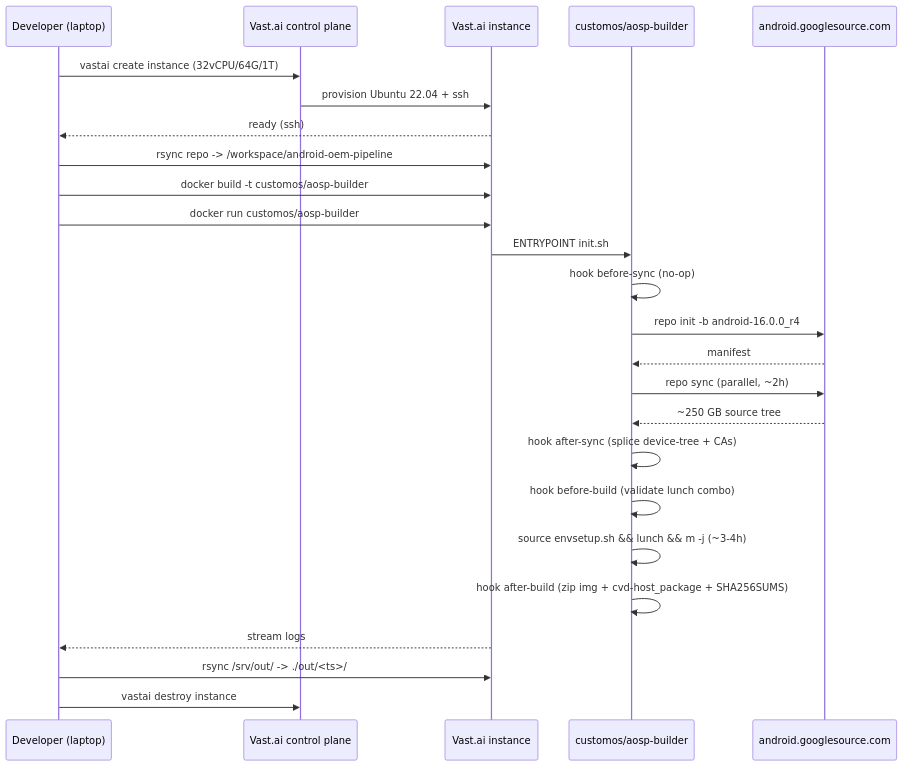
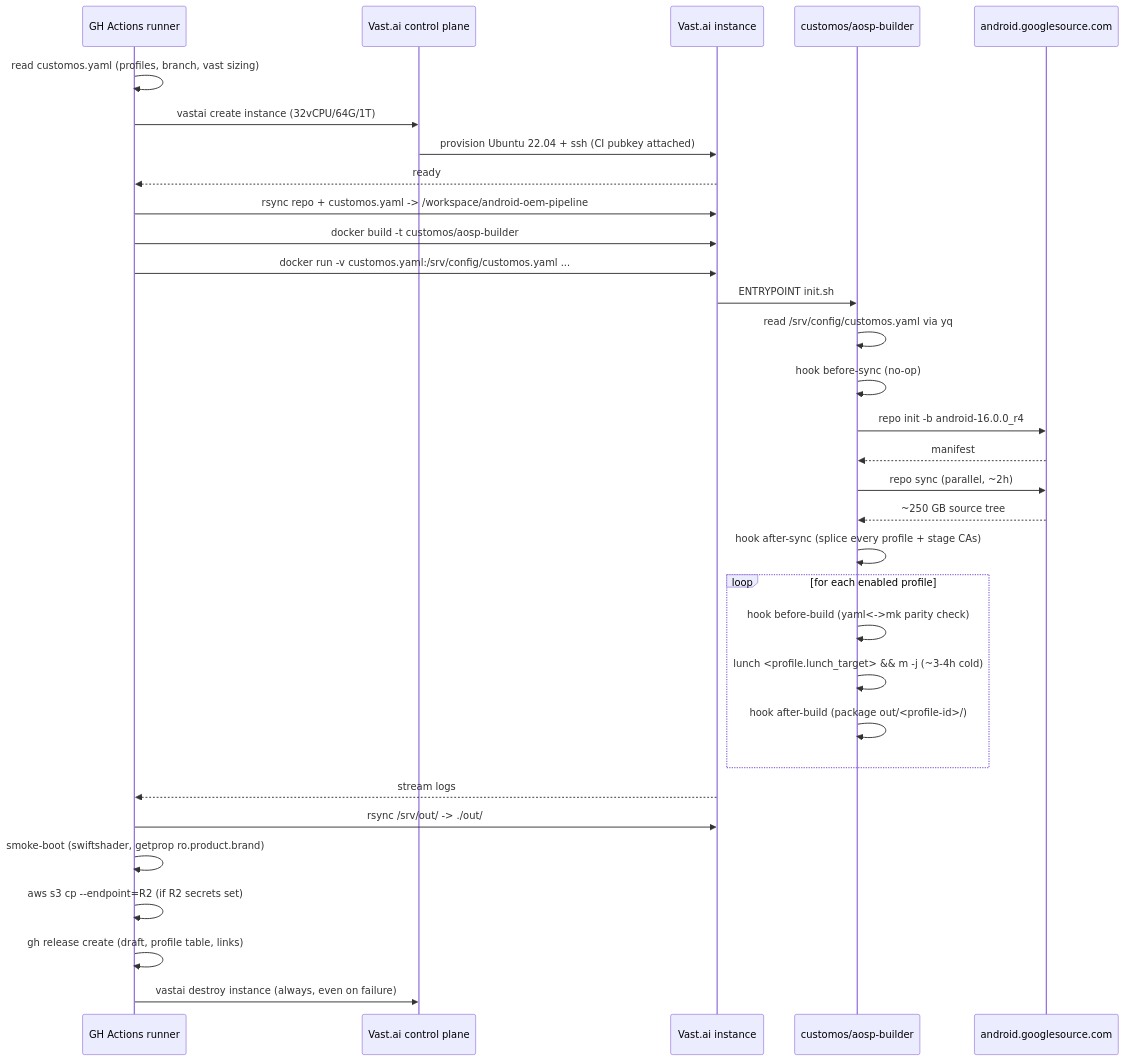
Before and after one commit to tech-sumit/android-oem-pipeline: the third of 3 diagrams in docs/architecture.md, drawn with Mermaid. The commit also changed other lines of this file and 21 other files, not shown here.

First line of the commit message:
feat: CI-driven multi-profile pipeline + Samsung Galaxy S24 Ultra spoof (#1)

````diff
--- a/docs/architecture.md
+++ b/docs/architecture.md
@@ -98,28 +154,35 @@
 ```mermaid
 sequenceDiagram
-    participant Dev as Developer (laptop)
+    participant CI as GH Actions runner
     participant Vast as Vast.ai control plane
     participant Inst as Vast.ai instance
     participant Docker as customos/aosp-builder
     participant AOSP as android.googlesource.com
 
-    Dev->>Vast: vastai create instance (32vCPU/64G/1T)
-    Vast->>Inst: provision Ubuntu 22.04 + ssh
-    Inst-->>Dev: ready (ssh)
-    Dev->>Inst: rsync repo -> /workspace/android-oem-pipeline
-    Dev->>Inst: docker build -t customos/aosp-builder
-    Dev->>Inst: docker run customos/aosp-builder
+    CI->>CI: read customos.yaml (profiles, branch, vast sizing)
+    CI->>Vast: vastai create instance (32vCPU/64G/1T)
+    Vast->>Inst: provision Ubuntu 22.04 + ssh (CI pubkey attached)
+    Inst-->>CI: ready
+    CI->>Inst: rsync repo + customos.yaml -> /workspace/android-oem-pipeline
+    CI->>Inst: docker build -t customos/aosp-builder
+    CI->>Inst: docker run -v customos.yaml:/srv/config/customos.yaml ...
     Inst->>Docker: ENTRYPOINT init.sh
+    Docker->>Docker: read /srv/config/customos.yaml via yq
     Docker->>Docker: hook before-sync (no-op)
     Docker->>AOSP: repo init -b android-16.0.0_r4
     AOSP-->>Docker: manifest
     Docker->>AOSP: repo sync (parallel, ~2h)
     AOSP-->>Docker: ~250 GB source tree
-    Docker->>Docker: hook after-sync (splice device-tree + CAs)
-    Docker->>Docker: hook before-build (validate lunch combo)
-    Docker->>Docker: source envsetup.sh && lunch && m -j (~3-4h)
-    Docker->>Docker: hook after-build (zip img + cvd-host_package + SHA256SUMS)
-    Inst-->>Dev: stream logs
-    Dev->>Inst: rsync /srv/out/ -> ./out/<ts>/
-    Dev->>Vast: vastai destroy instance
+    Docker->>Docker: hook after-sync (splice every profile + stage CAs)
+    loop for each enabled profile
+        Docker->>Docker: hook before-build (yaml<->mk parity check)
+        Docker->>Docker: lunch <profile.lunch_target> && m -j (~3-4h cold)
+        Docker->>Docker: hook after-build (package out/<profile-id>/)
+    end
+    Inst-->>CI: stream logs
+    CI->>Inst: rsync /srv/out/ -> ./out/
+    CI->>CI: smoke-boot (swiftshader, getprop ro.product.brand)
+    CI->>CI: aws s3 cp --endpoint=R2 (if R2 secrets set)
+    CI->>CI: gh release create (draft, profile table, links)
+    CI->>Vast: vastai destroy instance (always, even on failure)
 ```
````
